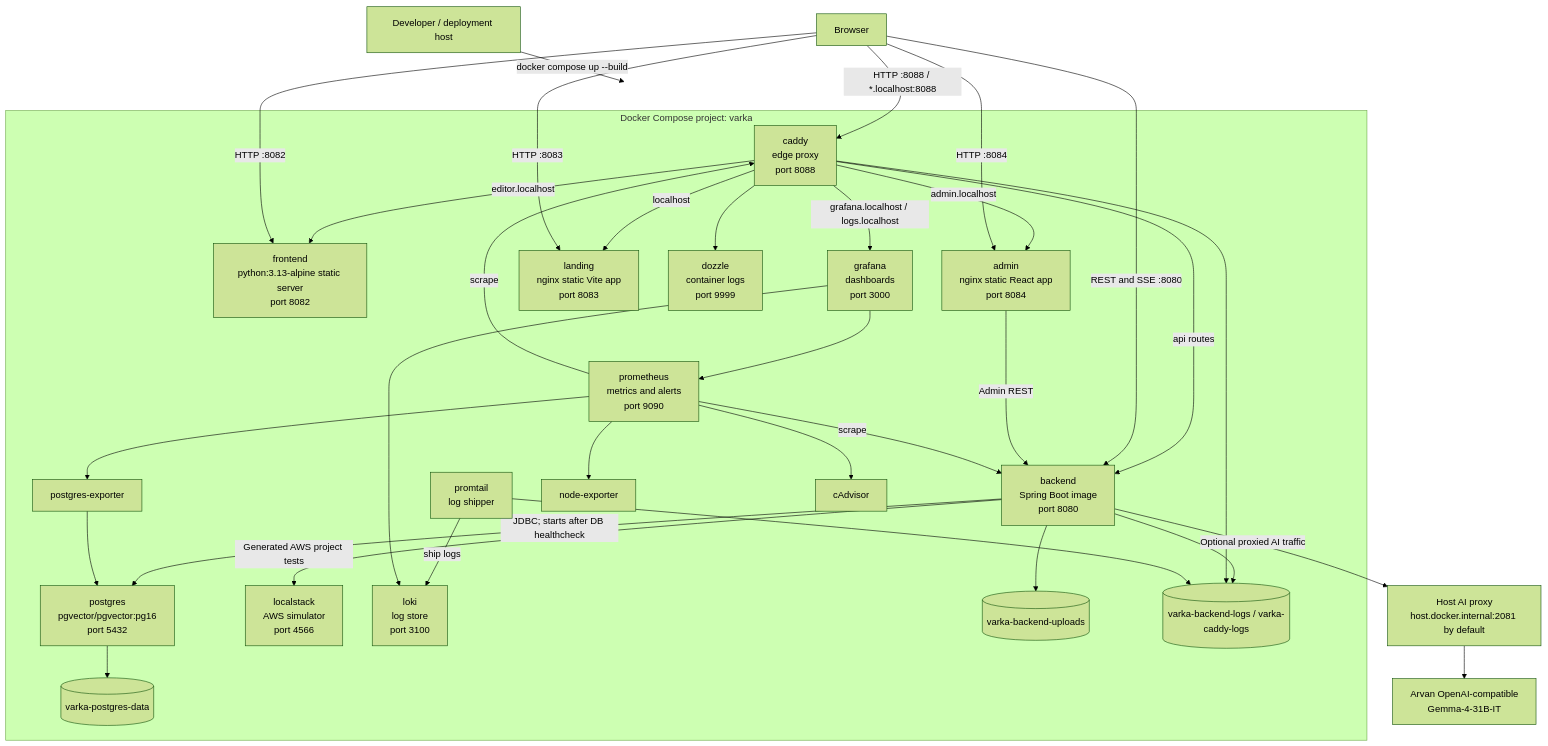
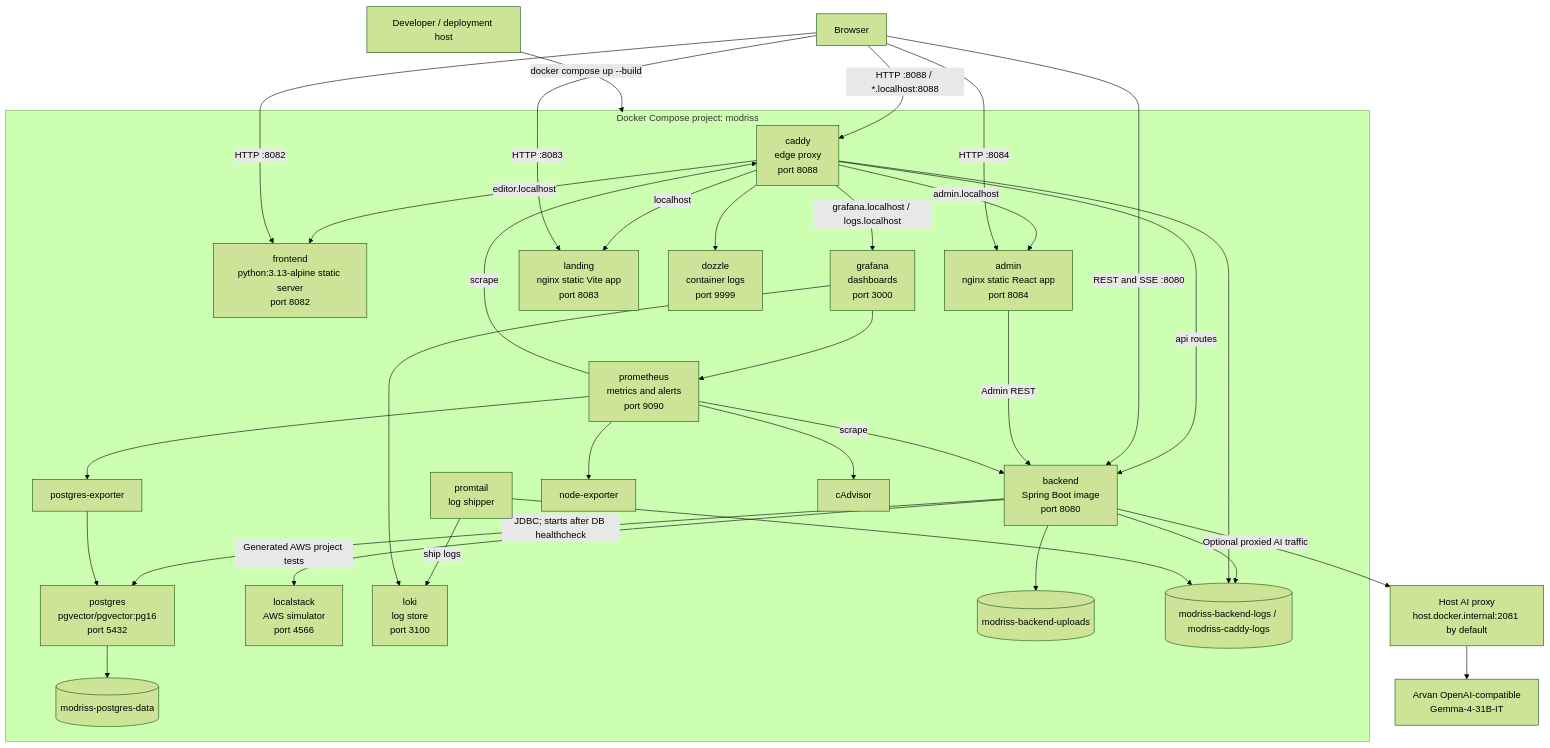
One commit to mehdieidi/modriss changed the first of 2 diagrams in docs/diagrams/04-deployment-and-runtime.md. Above: the diagram before and after it, drawn with Mermaid (forest theme). The commit also changed 933 other files, not shown here.

````diff
--- a/docs/diagrams/04-deployment-and-runtime.md
+++ b/docs/diagrams/04-deployment-and-runtime.md
@@ -5,59 +5,59 @@
 ```mermaid
 flowchart TB
     host["Developer / deployment host"]
     browser["Browser"]
 
-    subgraph compose["Docker Compose project: varka"]
+    subgraph compose["Docker Compose project: modriss"]
         caddy["caddy<br/>edge proxy<br/>port 8088"]
         frontend["frontend<br/>python:3.13-alpine static server<br/>port 8082"]
         admin["admin<br/>nginx static React app<br/>port 8084"]
         landing["landing<br/>nginx static Vite app<br/>port 8083"]
         backend["backend<br/>Spring Boot image<br/>port 8080"]
         postgres["postgres<br/>pgvector/pgvector:pg16<br/>port 5432"]
         localstack["localstack<br/>AWS simulator<br/>port 4566"]
         dozzle["dozzle<br/>container logs<br/>port 9999"]
         prometheus["prometheus<br/>metrics and alerts<br/>port 9090"]
         grafana["grafana<br/>dashboards<br/>port 3000"]
         loki["loki<br/>log store<br/>port 3100"]
         promtail["promtail<br/>log shipper"]
         pgexp["postgres-exporter"]
         nodeexp["node-exporter"]
         cadvisor["cAdvisor"]
-        dbvolume[("varka-postgres-data")]
-        uploadvolume[("varka-backend-uploads")]
-        logvolume[("varka-backend-logs / varka-caddy-logs")]
+        dbvolume[("modriss-postgres-data")]
+        uploadvolume[("modriss-backend-uploads")]
+        logvolume[("modriss-backend-logs / modriss-caddy-logs")]
     end
 
     proxy["Host AI proxy<br/>host.docker.internal:2081 by default"]
     provider["Arvan OpenAI-compatible<br/>Gemma-4-31B-IT"]
 
     host -->|"docker compose up --build"| compose
     browser -->|"HTTP :8088 / *.localhost:8088"| caddy
     caddy -->|"editor.localhost"| frontend
     caddy -->|"admin.localhost"| admin
     caddy -->|"localhost"| landing
     caddy -->|"api routes"| backend
     caddy -->|"grafana.localhost / logs.localhost"| grafana
     caddy --> dozzle
     browser -->|"HTTP :8082"| frontend
     browser -->|"HTTP :8083"| landing
     browser -->|"HTTP :8084"| admin
     browser -->|"REST and SSE :8080"| backend
     admin -->|"Admin REST"| backend
     backend -->|"JDBC; starts after DB healthcheck"| postgres
     postgres --> dbvolume
     backend --> uploadvolume
     backend --> logvolume
     caddy --> logvolume
     backend -->|"Generated AWS project tests"| localstack
     prometheus -->|"scrape"| backend
     prometheus -->|"scrape"| caddy
     prometheus --> pgexp --> postgres
     prometheus --> nodeexp
     prometheus --> cadvisor
     promtail -->|"ship logs"| loki
     promtail --> logvolume
     grafana --> prometheus
     grafana --> loki
     backend -->|"Optional proxied AI traffic"| proxy --> provider
 ```
````
